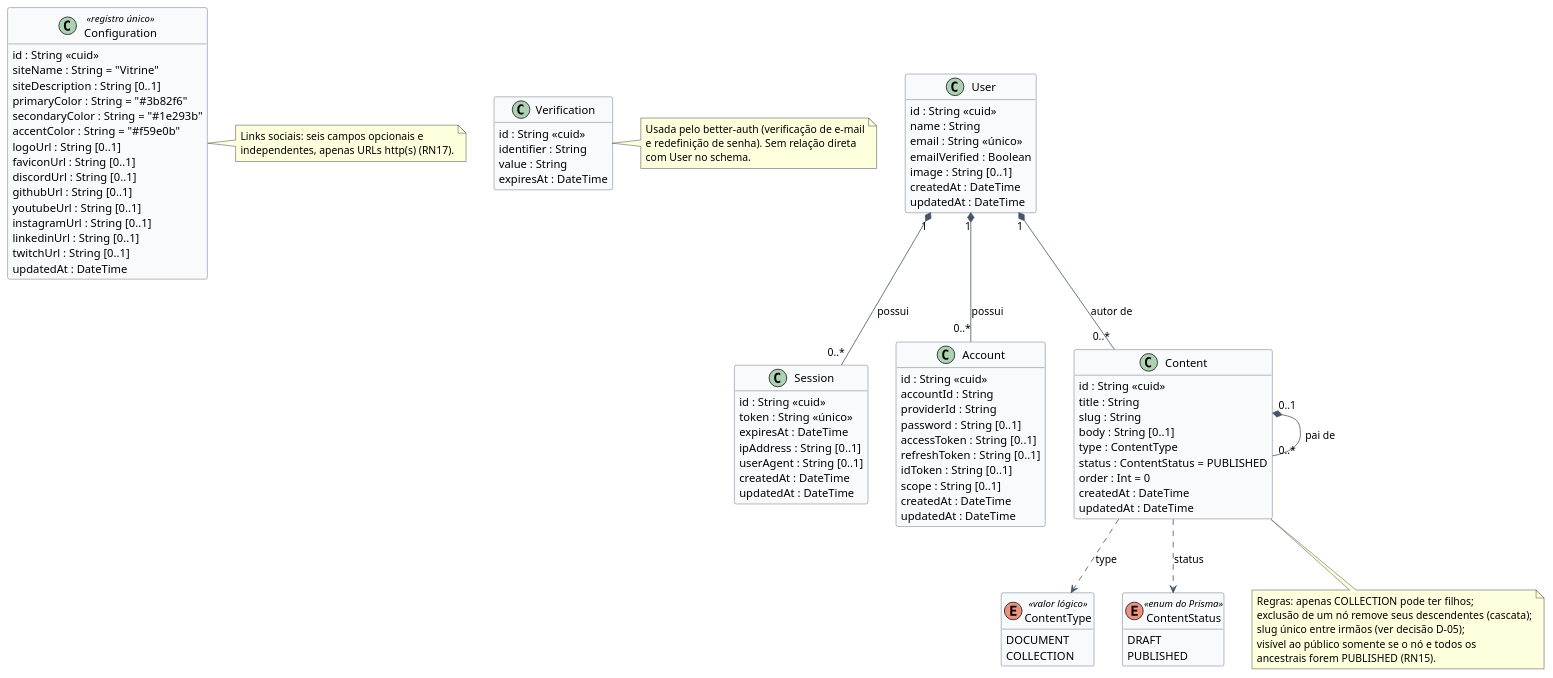
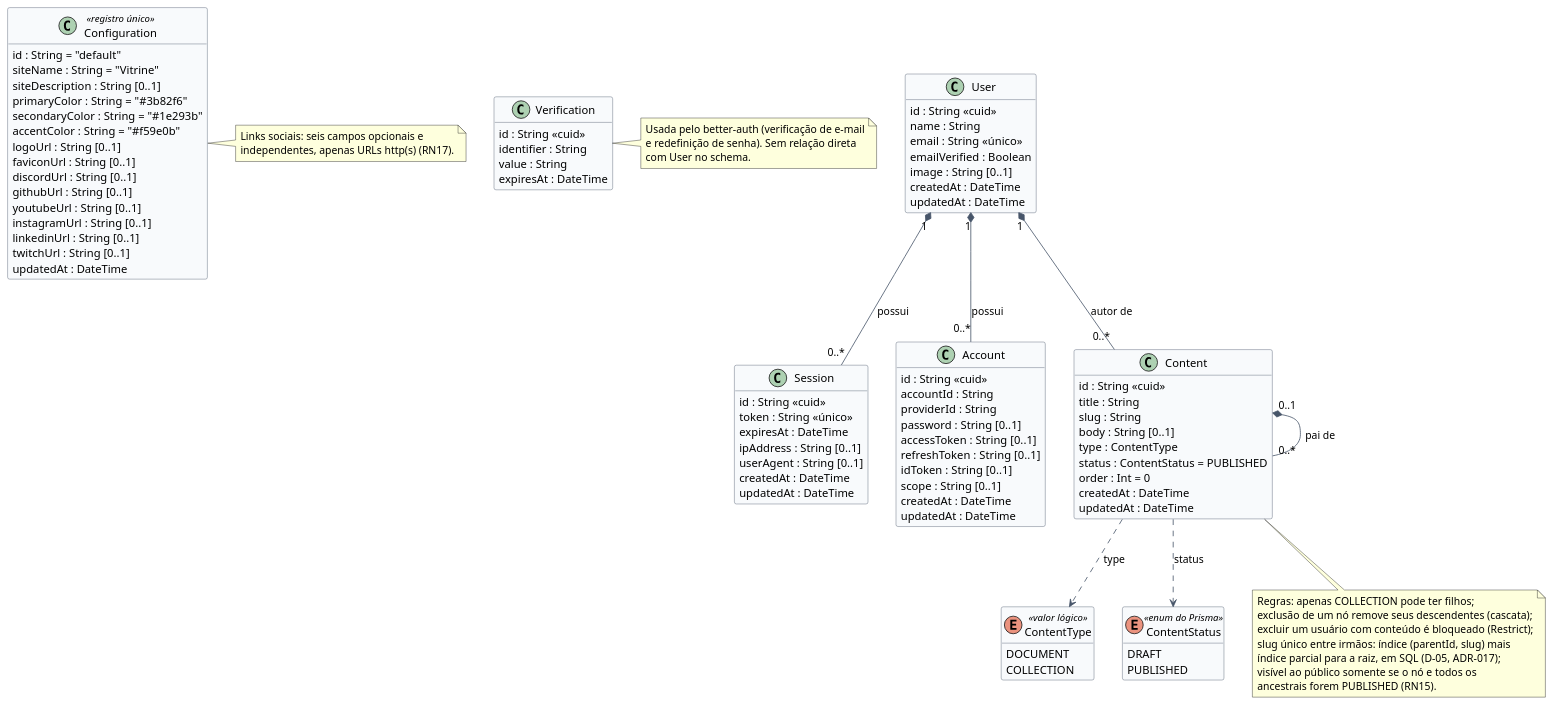
Before and after one commit to fromcaio/vitrine: the diagram in doc/diagrams/src/classes-dominio.puml, drawn with PlantUML. The commit also changed 13 other files, not shown here.

First line of the commit message:
docs: atualiza schema, documenta índice parcial e abre fase de funções de dados

```diff
--- a/doc/diagrams/src/classes-dominio.puml
+++ b/doc/diagrams/src/classes-dominio.puml
@@ -1,119 +1,121 @@
 @startuml classes-dominio
 ' ===========================================================================
 ' Vitrine - Modelo de domínio (diagrama de classes)
 ' Figura: fig:classes-dominio (doc/tex/capitulos/cap5_arquitetura.tex)
 ' Espelha prisma/schema.prisma. Atualizar junto com er-vitrine.dbml.
 ' ===========================================================================
 skinparam shadowing false
 skinparam classAttributeIconSize 0
 skinparam ArrowColor #475569
 skinparam class {
   BackgroundColor #F8FAFC
   BorderColor #475569
 }
 hide empty methods
 
 enum ContentType <<valor lógico>> {
   DOCUMENT
   COLLECTION
 }
 
 enum ContentStatus <<enum do Prisma>> {
   DRAFT
   PUBLISHED
 }
 
 class User {
   id : String <<cuid>>
   name : String
   email : String <<único>>
   emailVerified : Boolean
   image : String [0..1]
   createdAt : DateTime
   updatedAt : DateTime
 }
 
 class Session {
   id : String <<cuid>>
   token : String <<único>>
   expiresAt : DateTime
   ipAddress : String [0..1]
   userAgent : String [0..1]
   createdAt : DateTime
   updatedAt : DateTime
 }
 
 class Account {
   id : String <<cuid>>
   accountId : String
   providerId : String
   password : String [0..1]
   accessToken : String [0..1]
   refreshToken : String [0..1]
   idToken : String [0..1]
   scope : String [0..1]
   createdAt : DateTime
   updatedAt : DateTime
 }
 
 class Verification {
   id : String <<cuid>>
   identifier : String
   value : String
   expiresAt : DateTime
 }
 
 class Content {
   id : String <<cuid>>
   title : String
   slug : String
   body : String [0..1]
   type : ContentType
   status : ContentStatus = PUBLISHED
   order : Int = 0
   createdAt : DateTime
   updatedAt : DateTime
 }
 
 class Configuration <<registro único>> {
-  id : String <<cuid>>
+  id : String = "default"
   siteName : String = "Vitrine"
   siteDescription : String [0..1]
   primaryColor : String = "#3b82f6"
   secondaryColor : String = "#1e293b"
   accentColor : String = "#f59e0b"
   logoUrl : String [0..1]
   faviconUrl : String [0..1]
   discordUrl : String [0..1]
   githubUrl : String [0..1]
   youtubeUrl : String [0..1]
   instagramUrl : String [0..1]
   linkedinUrl : String [0..1]
   twitchUrl : String [0..1]
   updatedAt : DateTime
 }
 
 User "1" *-- "0..*" Session : possui
 User "1" *-- "0..*" Account : possui
 User "1" *-- "0..*" Content : autor de
 Content "0..1" *-- "0..*" Content : pai de
 Content ..> ContentType : type
 Content ..> ContentStatus : status
 
 note bottom of Content
   Regras: apenas COLLECTION pode ter filhos;
   exclusão de um nó remove seus descendentes (cascata);
-  slug único entre irmãos (ver decisão D-05);
+  excluir um usuário com conteúdo é bloqueado (Restrict);
+  slug único entre irmãos: índice (parentId, slug) mais
+  índice parcial para a raiz, em SQL (D-05, ADR-017);
   visível ao público somente se o nó e todos os
   ancestrais forem PUBLISHED (RN15).
 end note
 note right of Configuration
   Links sociais: seis campos opcionais e
   independentes, apenas URLs http(s) (RN17).
 end note
 note right of Verification
   Usada pelo better-auth (verificação de e-mail
   e redefinição de senha). Sem relação direta
   com User no schema.
 end note
 @enduml
```
